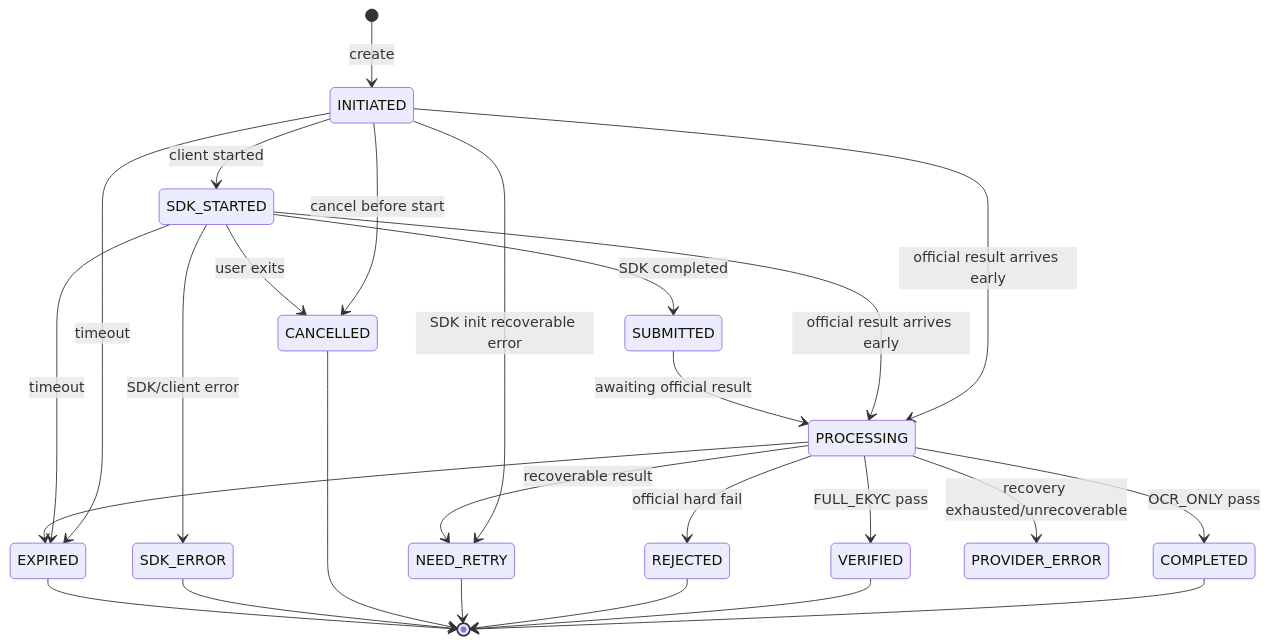
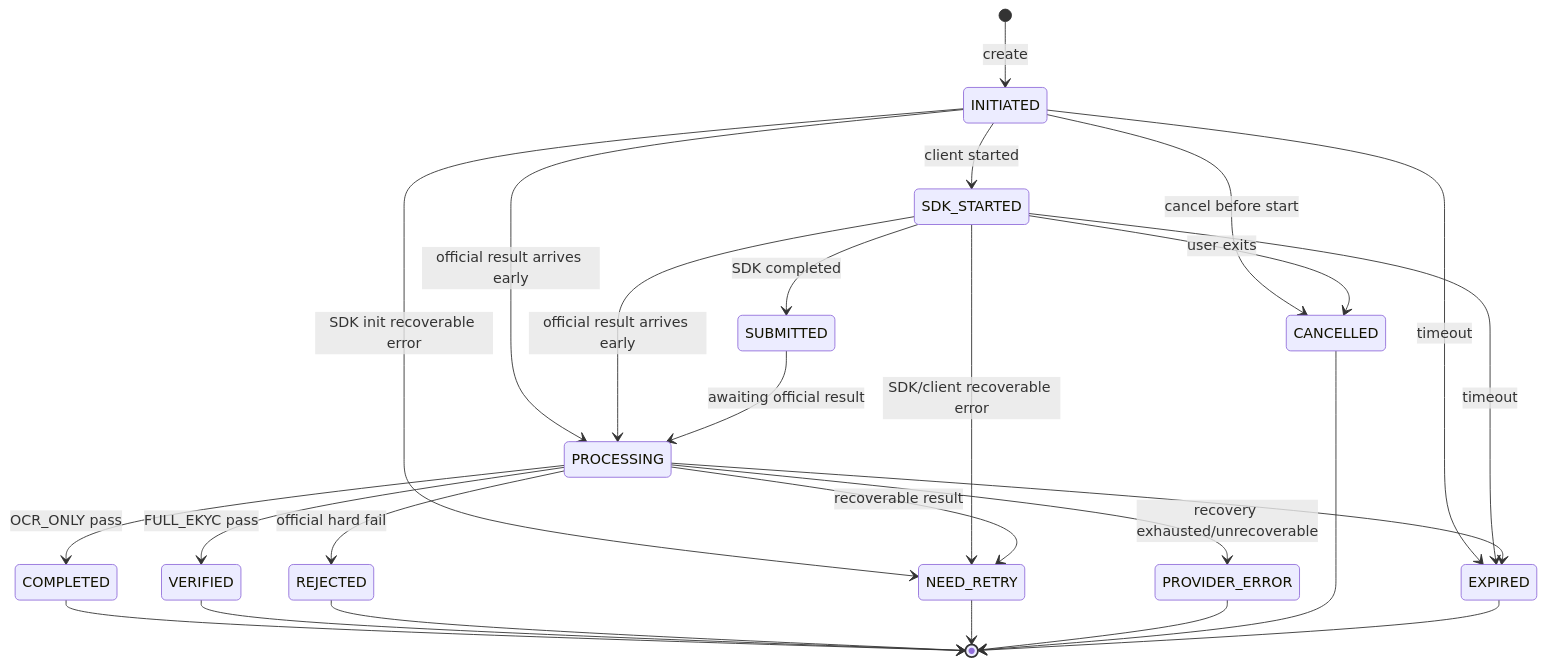
Before and after one commit to huynv-xyz/vhm: the fourth of 24 diagrams in tdd2.md, drawn with Mermaid. The commit also changed other lines of this file, not shown here.

````diff
--- a/tdd2.md
+++ b/tdd2.md
@@ -469,31 +469,31 @@
 ```mermaid
 stateDiagram-v2
     [*] --> INITIATED: create
     INITIATED --> SDK_STARTED: client started
     INITIATED --> CANCELLED: cancel before start
     INITIATED --> EXPIRED: timeout
     INITIATED --> NEED_RETRY: SDK init recoverable error
     INITIATED --> PROCESSING: official result arrives early
 
     SDK_STARTED --> SUBMITTED: SDK completed
     SDK_STARTED --> CANCELLED: user exits
-    SDK_STARTED --> SDK_ERROR: SDK/client error
+    SDK_STARTED --> NEED_RETRY: SDK/client recoverable error
     SDK_STARTED --> EXPIRED: timeout
     SDK_STARTED --> PROCESSING: official result arrives early
 
     SUBMITTED --> PROCESSING: awaiting official result
     PROCESSING --> COMPLETED: OCR_ONLY pass
     PROCESSING --> VERIFIED: FULL_EKYC pass
     PROCESSING --> REJECTED: official hard fail
     PROCESSING --> NEED_RETRY: recoverable result
     PROCESSING --> PROVIDER_ERROR: recovery exhausted/unrecoverable
     PROCESSING --> EXPIRED
 
     COMPLETED --> [*]
     VERIFIED --> [*]
     REJECTED --> [*]
     NEED_RETRY --> [*]
+    PROVIDER_ERROR --> [*]
     CANCELLED --> [*]
-    SDK_ERROR --> [*]
     EXPIRED --> [*]
 ```
````
